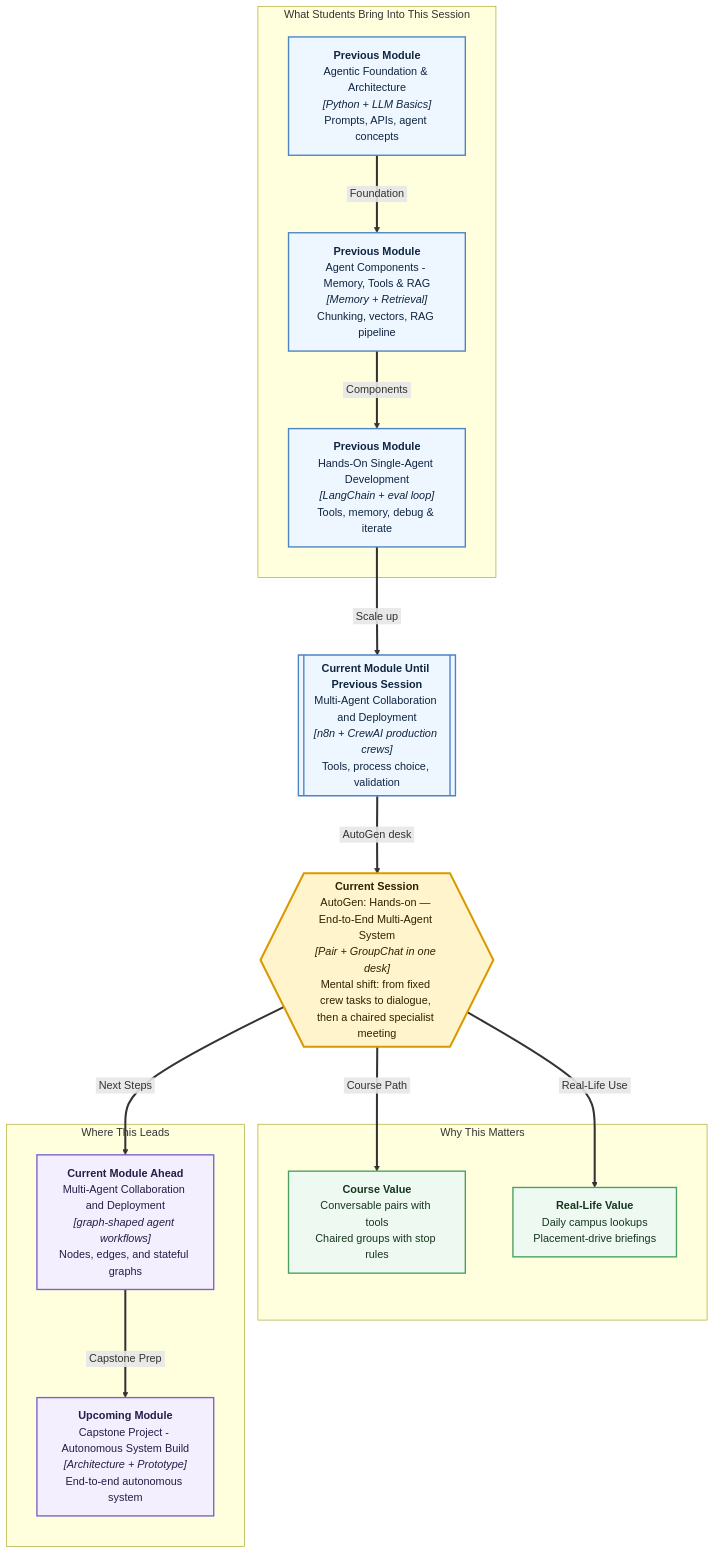
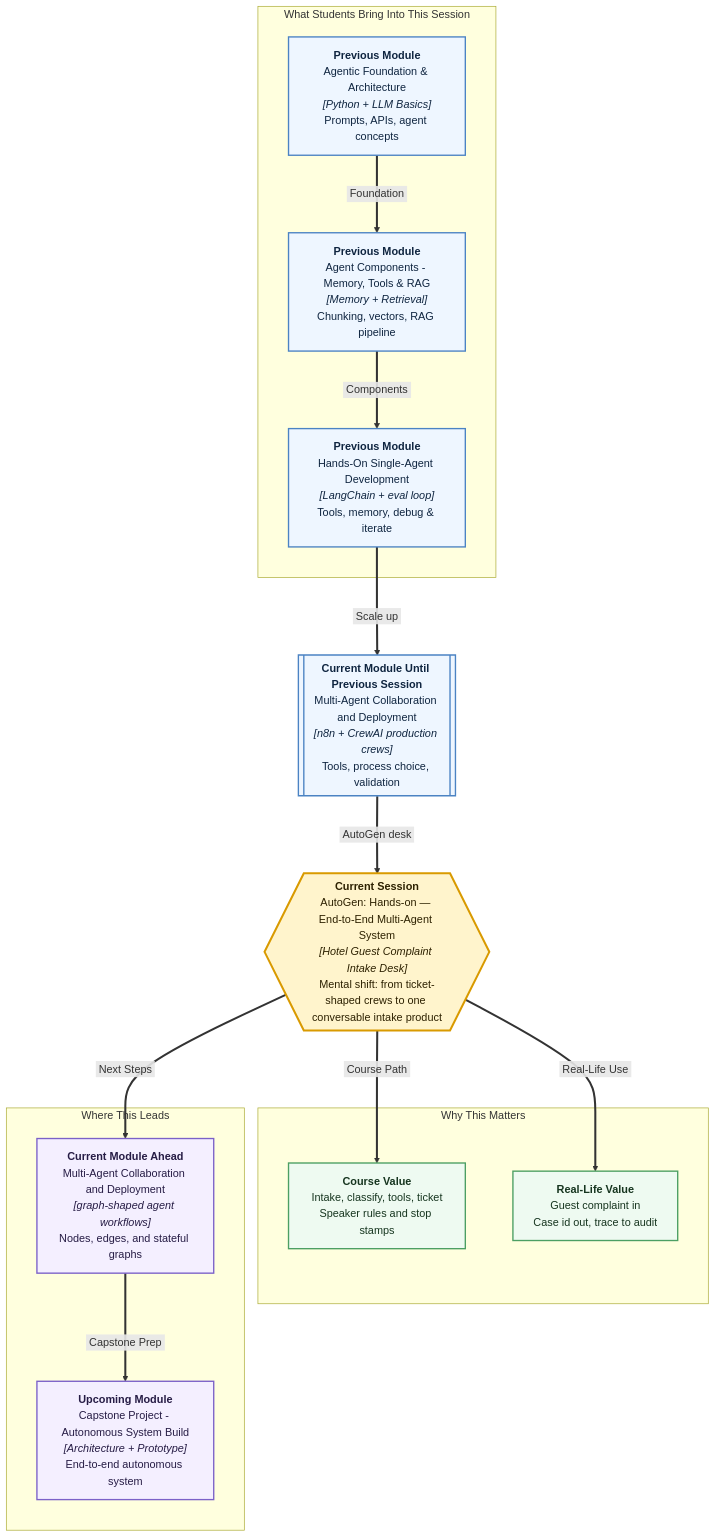
One commit to ABVenu/IIT_Sessions_Content changed the diagram in iitr-as-260313/Module 4/Session42/Mental Map.md. Above: the diagram before and after it, drawn with Mermaid. The commit also changed 8 other files, not shown here.

````diff
--- a/iitr-as-260313/Module 4/Session42/Mental Map.md
+++ b/iitr-as-260313/Module 4/Session42/Mental Map.md
@@ -1,43 +1,43 @@
 ```mermaid
 %%{init: {"flowchart": {"nodeSpacing": 70, "rankSpacing": 90, "diagramPadding": 24}} }%%
 flowchart TB
   subgraph Foundation["What Students Bring Into This Session"]
     M1["<b>Previous Module</b><br/>Agentic Foundation & Architecture<br/><i>[Python + LLM Basics]</i><br/>Prompts, APIs, agent concepts"]
     M2["<b>Previous Module</b><br/>Agent Components - Memory, Tools & RAG<br/><i>[Memory + Retrieval]</i><br/>Chunking, vectors, RAG pipeline"]
     M3["<b>Previous Module</b><br/>Hands-On Single-Agent Development<br/><i>[LangChain + eval loop]</i><br/>Tools, memory, debug & iterate"]
   end
 
   CM[["<b>Current Module Until Previous Session</b><br/>Multi-Agent Collaboration and Deployment<br/><i>[n8n + CrewAI production crews]</i><br/>Tools, process choice, validation"]]
 
-  CS{{"<b>Current Session</b><br/>AutoGen: Hands-on — End-to-End Multi-Agent System<br/><i>[Pair + GroupChat in one desk]</i><br/>Mental shift: from fixed crew tasks to dialogue, then a chaired specialist meeting"}}
+  CS{{"<b>Current Session</b><br/>AutoGen: Hands-on — End-to-End Multi-Agent System<br/><i>[Hotel Guest Complaint Intake Desk]</i><br/>Mental shift: from ticket-shaped crews to one conversable intake product"}}
 
   subgraph Value["Why This Matters"]
-    CV["<b>Course Value</b><br/>Conversable pairs with tools<br/>Chaired groups with stop rules"]
-    RV["<b>Real-Life Value</b><br/>Daily campus lookups<br/>Placement-drive briefings"]
+    CV["<b>Course Value</b><br/>Intake, classify, tools, ticket<br/>Speaker rules and stop stamps"]
+    RV["<b>Real-Life Value</b><br/>Guest complaint in<br/>Case id out, trace to audit"]
   end
 
   subgraph Future["Where This Leads"]
     F4["<b>Current Module Ahead</b><br/>Multi-Agent Collaboration and Deployment<br/><i>[graph-shaped agent workflows]</i><br/>Nodes, edges, and stateful graphs"]
     F5["<b>Upcoming Module</b><br/>Capstone Project - Autonomous System Build<br/><i>[Architecture + Prototype]</i><br/>End-to-end autonomous system"]
   end
 
   M1 ==>|&nbsp;Foundation&nbsp;| M2
   M2 ==>|&nbsp;Components&nbsp;| M3
   M3 ==>|&nbsp;Scale up&nbsp;| CM
   CM ==>|&nbsp;AutoGen desk&nbsp;| CS
   CS ==>|&nbsp;Course Path&nbsp;| CV
   CS ==>|&nbsp;Real-Life Use&nbsp;| RV
   CS ==>|&nbsp;Next Steps&nbsp;| F4
   F4 ==>|&nbsp;Capstone Prep&nbsp;| F5
 
   classDef previous fill:#eef6ff,stroke:#4b83c3,stroke-width:2px,color:#0f2540;
   classDef current fill:#fff4cc,stroke:#d99a00,stroke-width:3px,color:#2d2100;
   classDef value fill:#eefaf1,stroke:#4c9f63,stroke-width:2px,color:#16351f;
   classDef future fill:#f4efff,stroke:#7b61c8,stroke-width:2px,color:#261c45;
 
   class M1,M2,M3,CM previous;
   class CS current;
   class CV,RV value;
   class F4,F5 future;
   linkStyle default stroke-width:3px;
 ```
````
